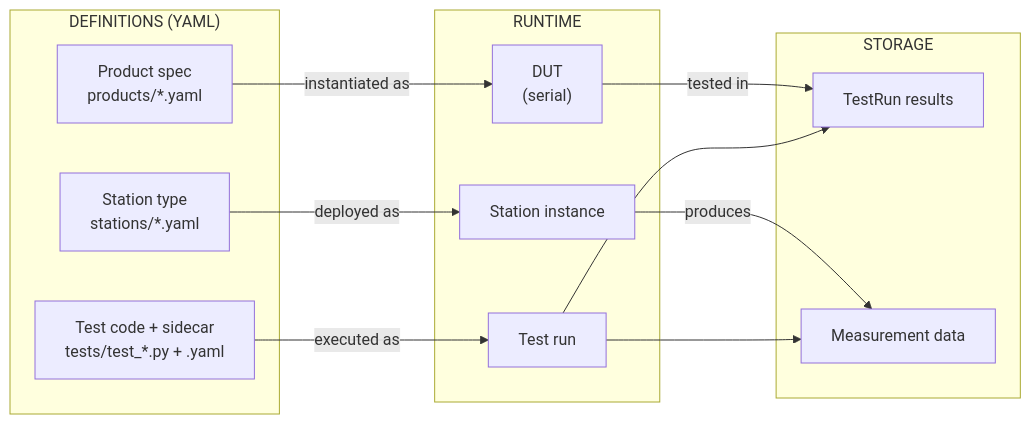
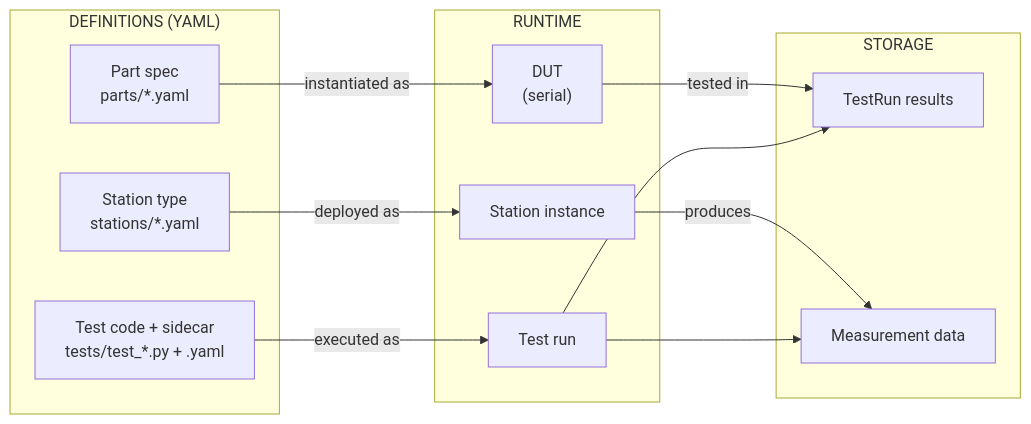
Before and after one commit to pragmatest-dev/testerkit: the second of 9 diagrams in docs/concepts/overview/architecture.md, drawn with Mermaid. The commit also changed other lines of this file and 246 other files, not shown here.

First line of the commit message:
refactor: rename product -> part across the codebase (#258)

````diff
--- a/docs/concepts/overview/architecture.md
+++ b/docs/concepts/overview/architecture.md
@@ -45,27 +45,27 @@
 ```mermaid
 flowchart LR
     subgraph Definitions["DEFINITIONS (YAML)"]
-        PS["Product spec<br/>products/*.yaml"]
+        PS["Part spec<br/>parts/*.yaml"]
         ST["Station type<br/>stations/*.yaml"]
         TC["Test code + sidecar<br/>tests/test_*.py + .yaml"]
     end
 
     subgraph Runtime["RUNTIME"]
         DUT["DUT<br/>(serial)"]
         SI["Station instance"]
         TR["Test run"]
     end
 
     subgraph Storage["STORAGE"]
         TRR["TestRun results"]
         MD["Measurement data"]
     end
 
     PS -- "instantiated as" --> DUT
     DUT -- "tested in" --> TRR
     ST -- "deployed as" --> SI
     SI -- "produces" --> MD
     TC -- "executed as" --> TR
     TR --> TRR
     TR --> MD
 ```
````
